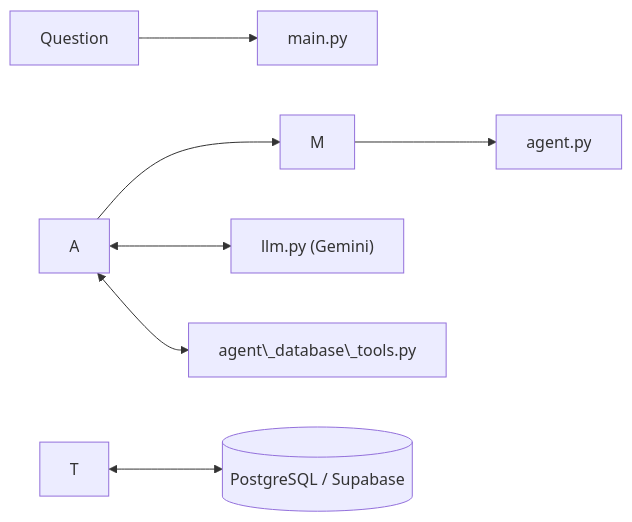
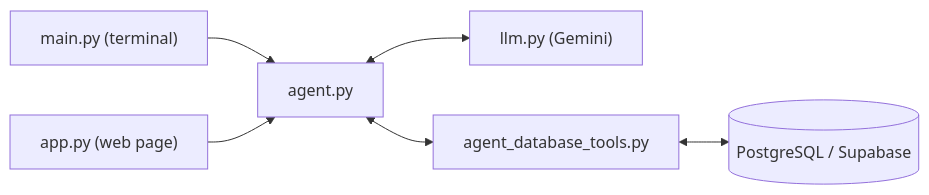
The diagram in README.md (saleha294/Ecommerce-AI-Agent), drawn with Mermaid before and after one commit. The commit also changed other lines of this file and 2 other files, not shown here.

Commit message:
Add Streamlit web UI, screenshots and updated README

````diff
--- a/README.md
+++ b/README.md
@@ -50,9 +60,8 @@
 ```mermaid
 flowchart LR
-    U\["Question"] --> M\["main.py"]
-    M --> A\["agent.py"]
-    A <--> L\["llm.py (Gemini)"]
-    A <--> T\["agent\_database\_tools.py"]
-    T <--> DB\[("PostgreSQL / Supabase")]
-    A --> M
+    M["main.py (terminal)"] --> A["agent.py"]
+    W["app.py (web page)"] --> A
+    A <--> L["llm.py (Gemini)"]
+    A <--> T["agent_database_tools.py"]
+    T <--> DB[("PostgreSQL / Supabase")]
 ```
````
